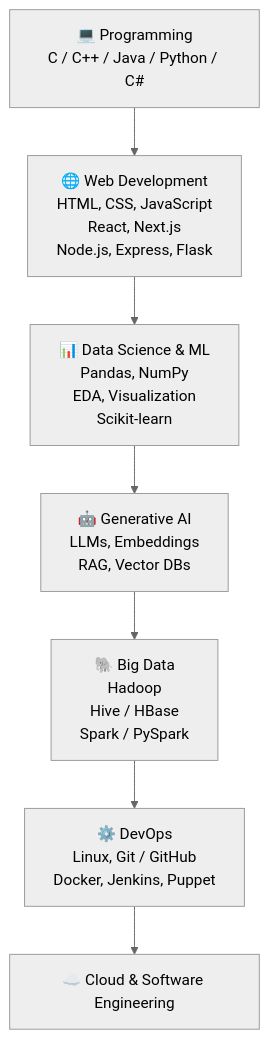
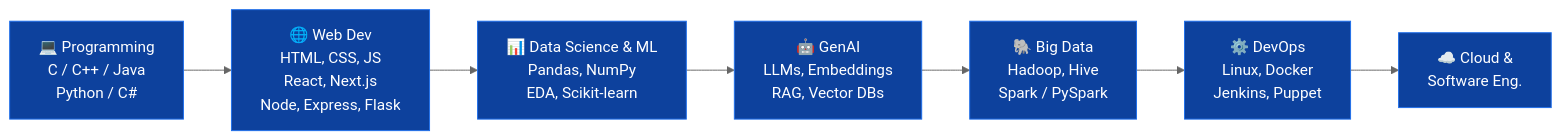
The fourth of 4 diagrams in README.md (Roygautam8852/Roygautam8852), drawn with Mermaid (neutral theme) before and after one commit. The commit also changed other lines of this file, not shown here.

````diff
--- a/README.md
+++ b/README.md
@@ -383,9 +422,11 @@
 ```mermaid
-flowchart TD
-    A["💻 Programming<br/>C / C++ / Java / Python / C#"] --> B["🌐 Web Development<br/>HTML, CSS, JavaScript<br/>React, Next.js<br/>Node.js, Express, Flask"]
-    B --> C["📊 Data Science & ML<br/>Pandas, NumPy<br/>EDA, Visualization<br/>Scikit-learn"]
-    C --> G["🤖 Generative AI<br/>LLMs, Embeddings<br/>RAG, Vector DBs"]
-    G --> D["🐘 Big Data<br/>Hadoop<br/>Hive / HBase<br/>Spark / PySpark"]
-    D --> E["⚙️ DevOps<br/>Linux, Git / GitHub<br/>Docker, Jenkins, Puppet"]
-    E --> F["☁️ Cloud & Software Engineering"]
+flowchart LR
+    A["💻 Programming<br/>C / C++ / Java<br/>Python / C#"] --> B["🌐 Web Dev<br/>HTML, CSS, JS<br/>React, Next.js<br/>Node, Express, Flask"]
+    B --> C["📊 Data Science & ML<br/>Pandas, NumPy<br/>EDA, Scikit-learn"]
+    C --> G["🤖 GenAI<br/>LLMs, Embeddings<br/>RAG, Vector DBs"]
+    G --> D["🐘 Big Data<br/>Hadoop, Hive<br/>Spark / PySpark"]
+    D --> E["⚙️ DevOps<br/>Linux, Docker<br/>Jenkins, Puppet"]
+    E --> F["☁️ Cloud &<br/>Software Eng."]
+    classDef s fill:#0d419d,color:#fff,stroke:#1f6feb
+    class A,B,C,G,D,E,F s
 ```
````
